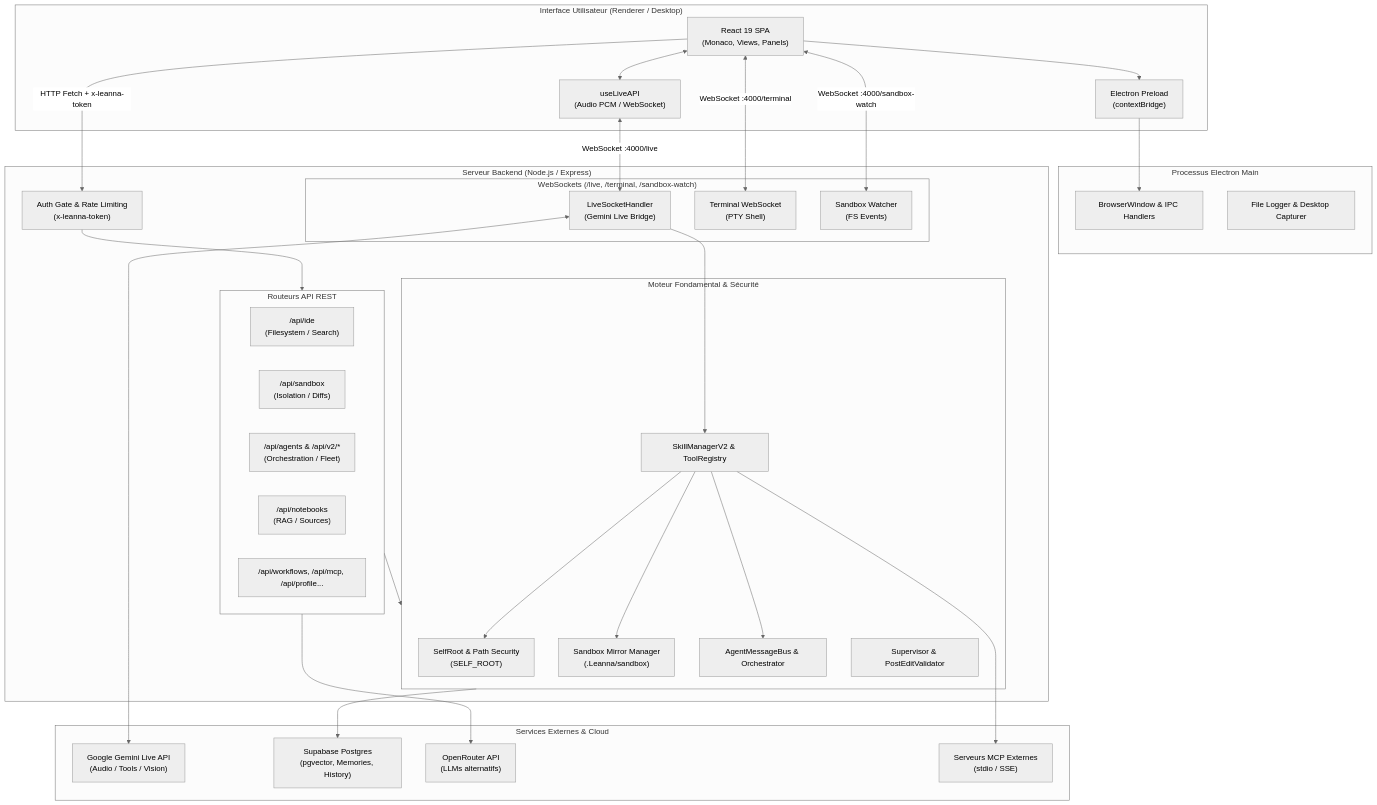
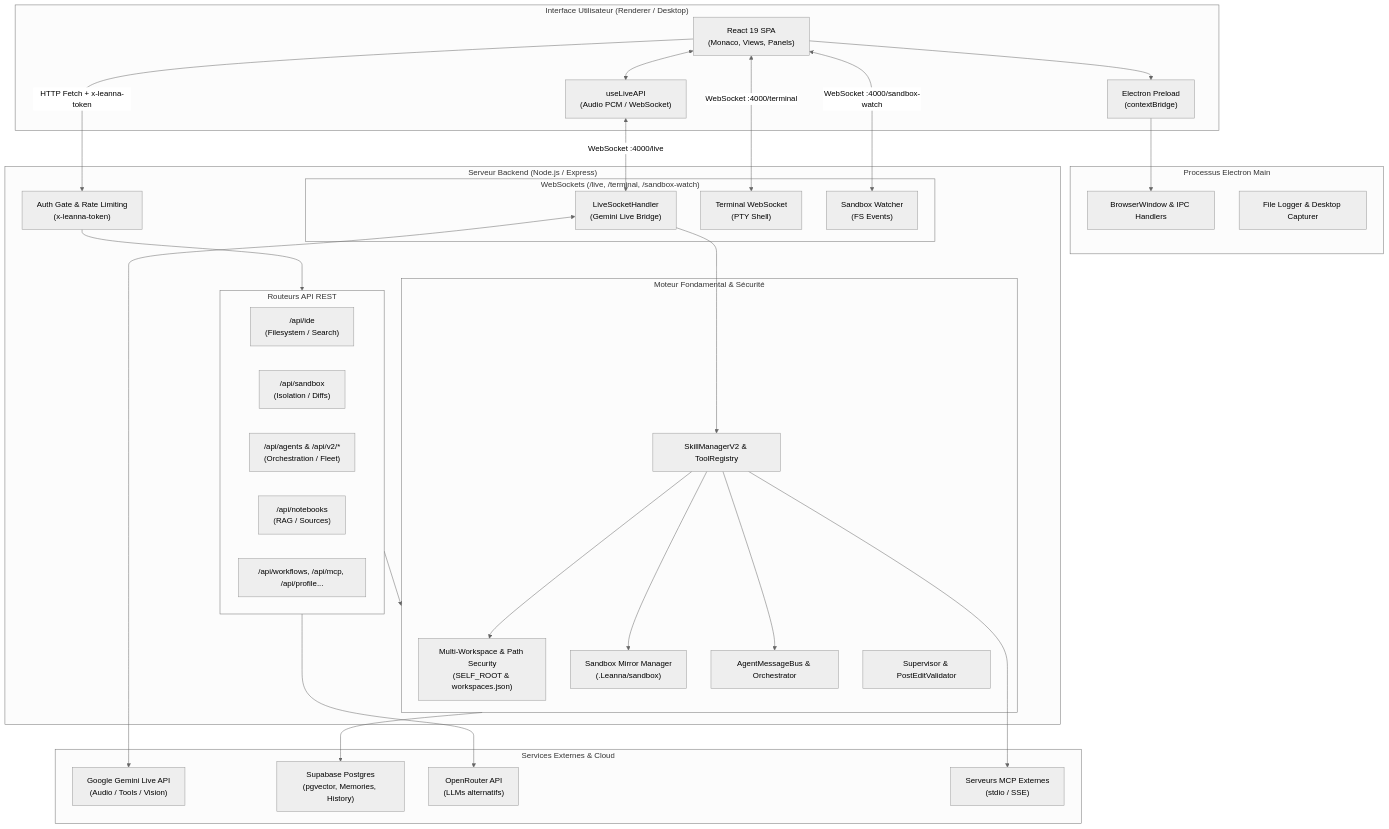
The first of 2 diagrams in ARCHITECTURE.md (moonback/Leanna-IDE), drawn with Mermaid (neutral theme) before and after one commit. The commit also changed other lines of this file and 3 other files, not shown here.

````diff
--- a/ARCHITECTURE.md
+++ b/ARCHITECTURE.md
@@ -5,66 +5,66 @@
 ```mermaid
 flowchart TB
     subgraph Client ["Interface Utilisateur (Renderer / Desktop)"]
         UI["React 19 SPA<br/>(Monaco, Views, Panels)"]
         Preload["Electron Preload<br/>(contextBridge)"]
         LiveHook["useLiveAPI<br/>(Audio PCM / WebSocket)"]
     end
 
     subgraph ElectronMain ["Processus Electron Main"]
         MainWin["BrowserWindow & IPC Handlers"]
         TrayLog["File Logger & Desktop Capturer"]
     end
 
     subgraph BackendServer ["Serveur Backend (Node.js / Express)"]
         AuthMiddleware["Auth Gate & Rate Limiting<br/>(x-leanna-token)"]
         
         subgraph Routers ["Routeurs API REST"]
             IDERouter["/api/ide<br/>(Filesystem / Search)"]
             SandboxRouter["/api/sandbox<br/>(Isolation / Diffs)"]
             AgentsRouter["/api/agents & /api/v2/*<br/>(Orchestration / Fleet)"]
             NotebooksRouter["/api/notebooks<br/>(RAG / Sources)"]
             OtherRouters["/api/workflows, /api/mcp, /api/profile..."]
         end
 
         subgraph Sockets ["WebSockets (/live, /terminal, /sandbox-watch)"]
             LiveHandler["LiveSocketHandler<br/>(Gemini Live Bridge)"]
             TermHandler["Terminal WebSocket<br/>(PTY Shell)"]
             WatchHandler["Sandbox Watcher<br/>(FS Events)"]
         end
 
         subgraph CoreEngine ["Moteur Fondamental & Sécurité"]
-            SelfRoot["SelfRoot & Path Security<br/>(SELF_ROOT)"]
+            SelfRoot["Multi-Workspace & Path Security<br/>(SELF_ROOT & workspaces.json)"]
             SandboxEngine["Sandbox Mirror Manager<br/>(.Leanna/sandbox)"]
             SkillRuntime["SkillManagerV2 & ToolRegistry"]
             AgentBus["AgentMessageBus & Orchestrator"]
             Supervisor["Supervisor & PostEditValidator"]
         end
     end
 
     subgraph External ["Services Externes & Cloud"]
         GeminiAPI["Google Gemini Live API<br/>(Audio / Tools / Vision)"]
         SupabaseDB["Supabase Postgres<br/>(pgvector, Memories, History)"]
         OpenRouterAPI["OpenRouter API<br/>(LLMs alternatifs)"]
         MCPServers["Serveurs MCP Externes<br/>(stdio / SSE)"]
     end
 
     UI --> Preload
     Preload --> MainWin
     UI <--> LiveHook
     LiveHook <-->|WebSocket :4000/live| LiveHandler
     UI <-->|WebSocket :4000/terminal| TermHandler
     UI <-->|WebSocket :4000/sandbox-watch| WatchHandler
     UI -->|HTTP Fetch + x-leanna-token| AuthMiddleware
 
     AuthMiddleware --> Routers
     LiveHandler <--> GeminiAPI
     LiveHandler --> SkillRuntime
     SkillRuntime --> SelfRoot
     SkillRuntime --> SandboxEngine
     SkillRuntime --> AgentBus
     SkillRuntime --> MCPServers
     
     Routers --> CoreEngine
     CoreEngine --> SupabaseDB
     Routers --> OpenRouterAPI
 ```
````
